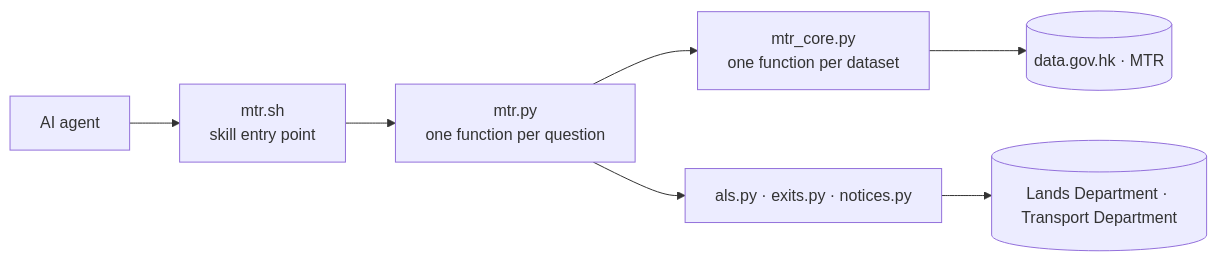
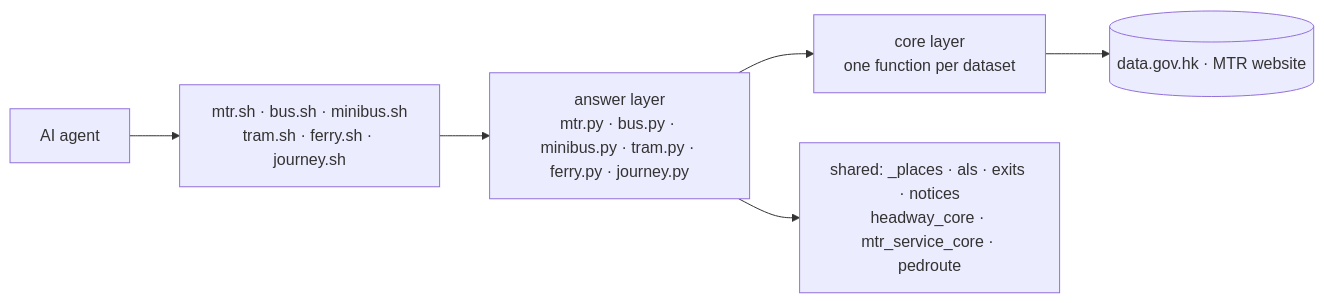
One commit to gnokit/hk-transport changed the diagram in README.md. Above: the diagram before and after it, drawn with Mermaid. The commit also changed other lines of this file and 5 other files, not shown here.

````diff
--- a/README.md
+++ b/README.md
@@ -169,9 +170,8 @@
 ```mermaid
 graph LR
-  A[AI agent] --> B[mtr.sh<br/>skill entry point]
-  B --> C[mtr.py<br/>one function per question]
-  C --> D[mtr_core.py<br/>one function per dataset]
-  C --> E[als.py · exits.py · notices.py]
-  D --> F[(data.gov.hk · MTR)]
-  E --> G[(Lands Department · Transport Department)]
+  A[AI agent] --> B[mtr.sh · bus.sh · minibus.sh<br/>tram.sh · ferry.sh · journey.sh]
+  B --> C[answer layer<br/>mtr.py · bus.py · minibus.py · tram.py · ferry.py · journey.py]
+  C --> D[core layer<br/>one function per dataset]
+  D --> F[(data.gov.hk · MTR website)]
+  C --> E[shared: _places · als · exits · notices<br/>headway_core · mtr_service_core · pedroute]
 ```
````
